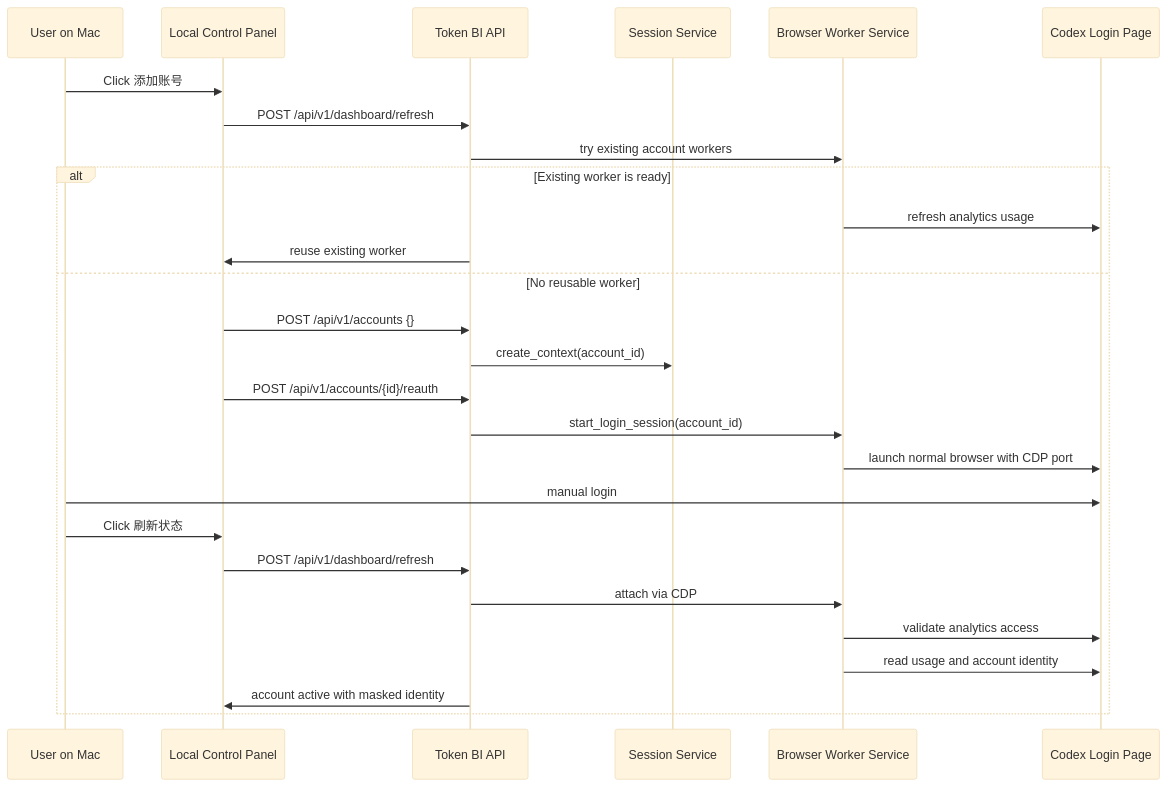
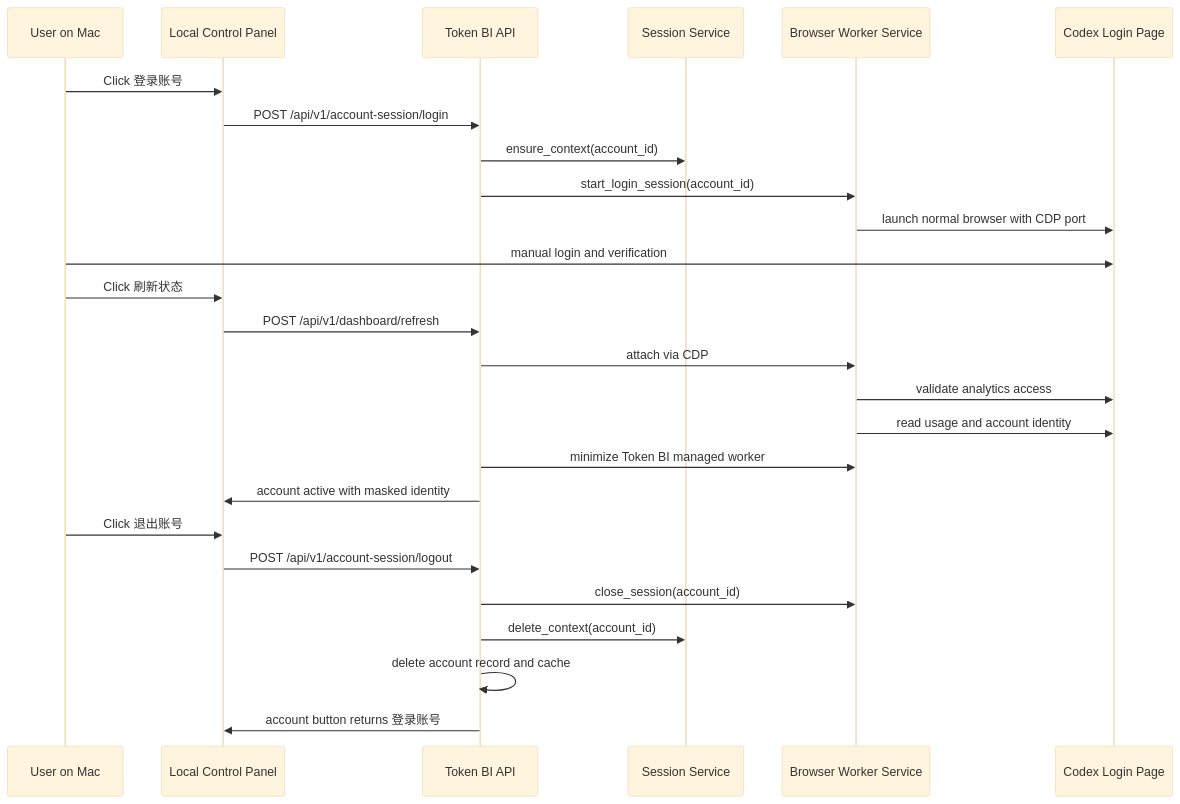
Before and after one commit to gbs00/Token_BI: the second of 3 diagrams in TECH_ARCHITECTURE.md, drawn with Mermaid (base theme). The commit also changed other lines of this file and 18 other files, not shown here.

````diff
--- a/TECH_ARCHITECTURE.md
+++ b/TECH_ARCHITECTURE.md
@@ -480,30 +491,29 @@
 ```mermaid
 sequenceDiagram
     participant User as User on Mac
     participant UI as Local Control Panel
     participant API as Token BI API
     participant Session as Session Service
     participant Worker as Browser Worker Service
     participant Codex as Codex Login Page
 
-    User->>UI: Click 添加账号
+    User->>UI: Click 登录账号
+    UI->>API: POST /api/v1/account-session/login
+    API->>Session: ensure_context(account_id)
+    API->>Worker: start_login_session(account_id)
+    Worker->>Codex: launch normal browser with CDP port
+    User->>Codex: manual login and verification
+    User->>UI: Click 刷新状态
     UI->>API: POST /api/v1/dashboard/refresh
-    API->>Worker: try existing account workers
-    alt Existing worker is ready
-        Worker->>Codex: refresh analytics usage
-        API->>UI: reuse existing worker
-    else No reusable worker
-        UI->>API: POST /api/v1/accounts {}
-        API->>Session: create_context(account_id)
-        UI->>API: POST /api/v1/accounts/{id}/reauth
-        API->>Worker: start_login_session(account_id)
-        Worker->>Codex: launch normal browser with CDP port
-        User->>Codex: manual login
-        User->>UI: Click 刷新状态
-        UI->>API: POST /api/v1/dashboard/refresh
-        API->>Worker: attach via CDP
-        Worker->>Codex: validate analytics access
-        Worker->>Codex: read usage and account identity
-        API->>UI: account active with masked identity
-    end
+    API->>Worker: attach via CDP
+    Worker->>Codex: validate analytics access
+    Worker->>Codex: read usage and account identity
+    API->>Worker: minimize Token BI managed worker
+    API->>UI: account active with masked identity
+    User->>UI: Click 退出账号
+    UI->>API: POST /api/v1/account-session/logout
+    API->>Worker: close_session(account_id)
+    API->>Session: delete_context(account_id)
+    API->>API: delete account record and cache
+    API->>UI: account button returns 登录账号
 ```
````
